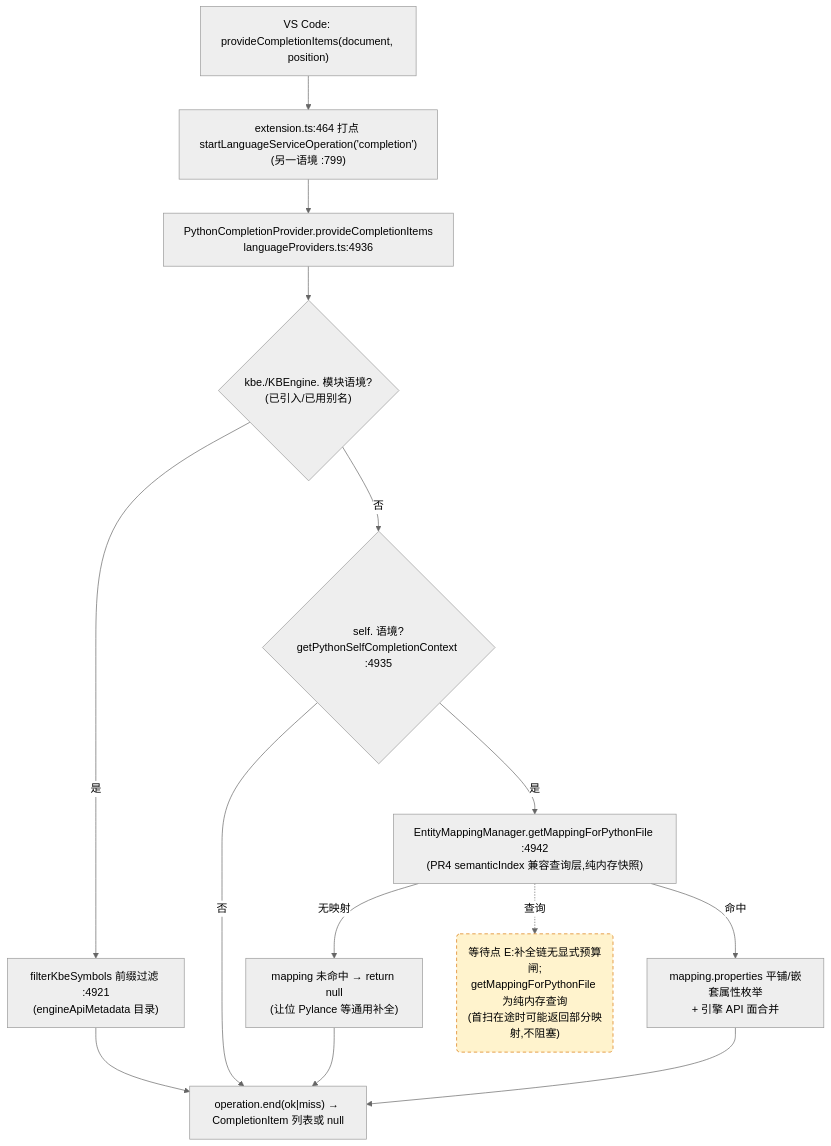
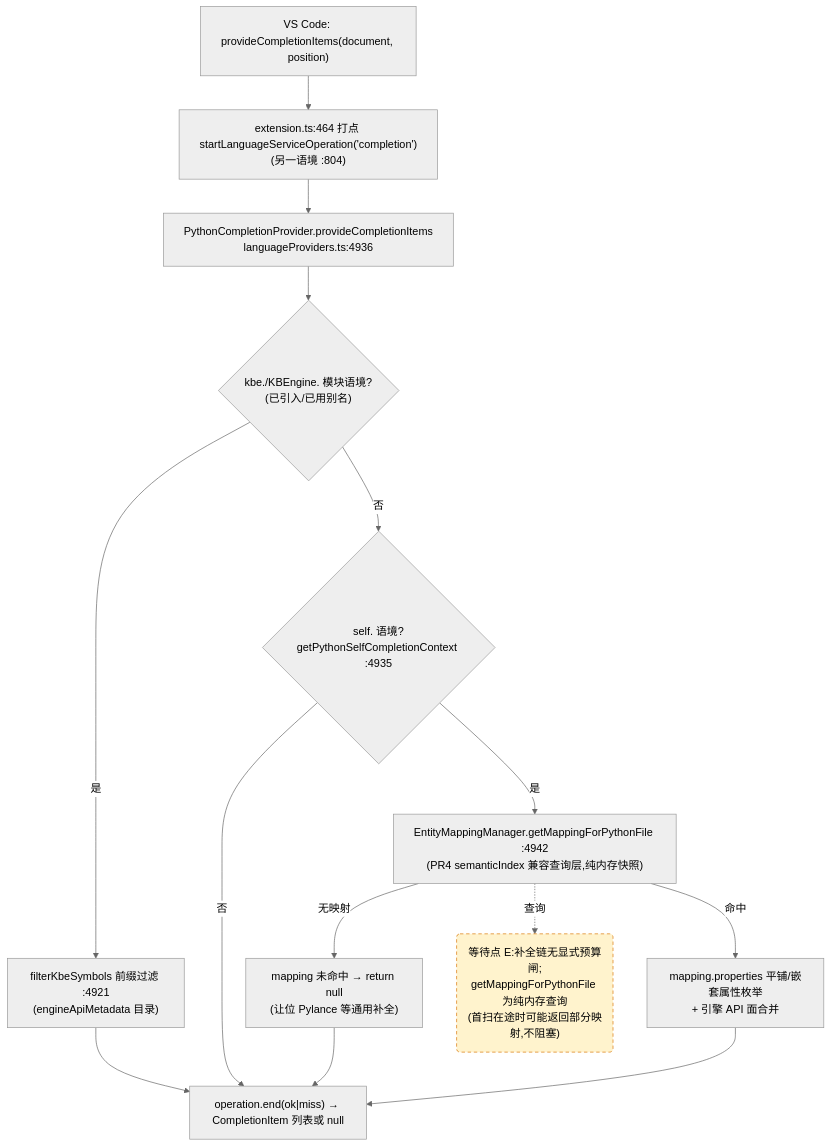
One commit to cuihairu/kode changed the third of 4 diagrams in docs/perf/2026-baseline.md. Above: the diagram before and after it, drawn with Mermaid (neutral theme). The commit also changed other lines of this file and 5 other files, not shown here.

````diff
--- a/docs/perf/2026-baseline.md
+++ b/docs/perf/2026-baseline.md
@@ -184,27 +184,27 @@
 ```mermaid
 flowchart TD
   VC3["VS Code: provideCompletionItems(document, position)"]
-  M3["extension.ts:464 打点 startLanguageServiceOperation('completion')<br/>(另一语境 :799)"]
+  M3["extension.ts:464 打点 startLanguageServiceOperation('completion')<br/>(另一语境 :804)"]
   CP["PythonCompletionProvider.provideCompletionItems<br/>languageProviders.ts:4936"]
   KBEC{"kbe./KBEngine. 模块语境?<br/>(已引入/已用别名)"}
   FILTER["filterKbeSymbols 前缀过滤 :4921<br/>(engineApiMetadata 目录)"]
   SELFC{"self. 语境?<br/>getPythonSelfCompletionContext :4935"}
   MAP["EntityMappingManager.getMappingForPythonFile :4942<br/>(PR4 semanticIndex 兼容查询层,纯内存快照)"]
   NOMAP["mapping 未命中 → return null<br/>(让位 Pylance 等通用补全)"]
   PROPS["mapping.properties 平铺/嵌套属性枚举<br/>+ 引擎 API 面合并"]
   END3["operation.end(ok|miss) → CompletionItem 列表或 null"]
 
   VC3 --> M3 --> CP --> KBEC
   KBEC -- "是" --> FILTER --> END3
   KBEC -- "否" --> SELFC
   SELFC -- "否" --> END3
   SELFC -- "是" --> MAP
   MAP -- "无映射" --> NOMAP --> END3
   MAP -- "命中" --> PROPS --> END3
 
   WAITE("等待点 E:补全链无显式预算闸;<br/>getMappingForPythonFile 为纯内存查询<br/>(首扫在途时可能返回部分映射,不阻塞)")
   MAP -.->|查询| WAITE
 
   classDef waitPoint fill:#fff3cd,stroke:#d97706,stroke-dasharray:5 4;
   class WAITE waitPoint;
 ```
````
